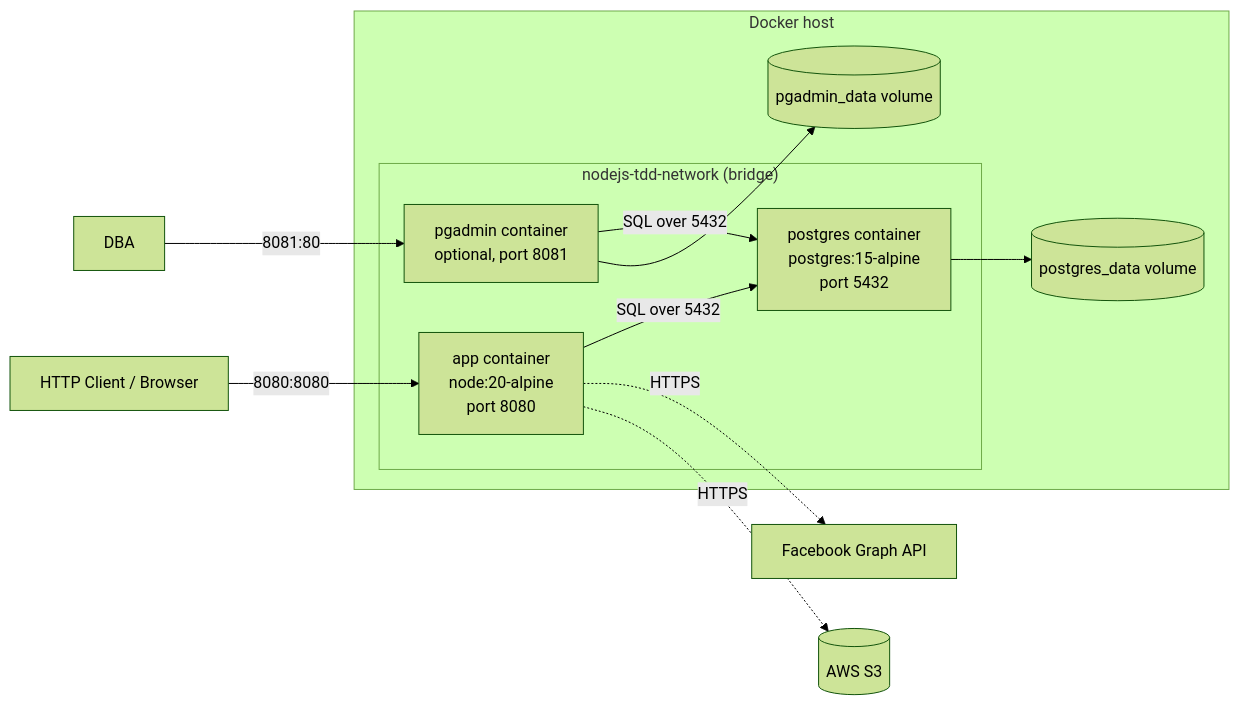
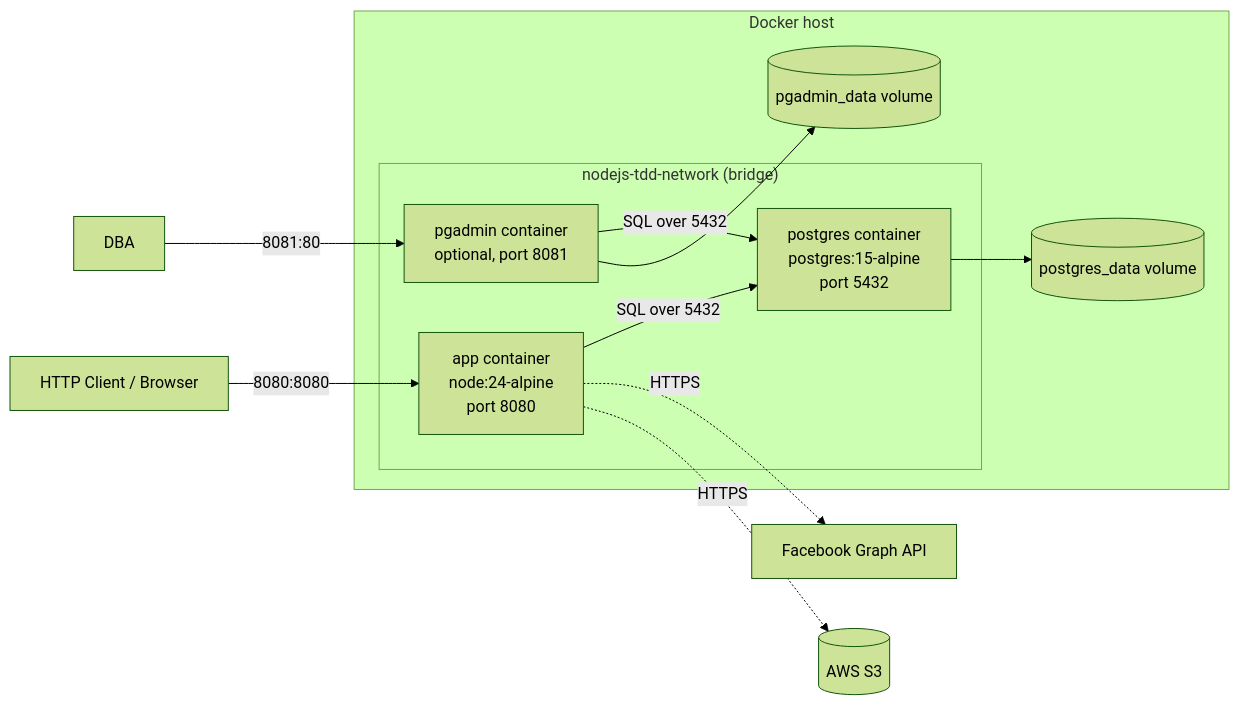
The diagram in docs/mmd/deployment-docker.mmd (luizcurti/authkit-clean-arch), drawn with Mermaid (forest theme) before and after one commit. The commit also changed 103 other files, not shown here.

```diff
--- a/docs/mmd/deployment-docker.mmd
+++ b/docs/mmd/deployment-docker.mmd
@@ -1,22 +1,22 @@
 flowchart LR
     subgraph Host["Docker host"]
         subgraph Network["nodejs-tdd-network (bridge)"]
-            App["app container\nnode:20-alpine\nport 8080"]
+            App["app container\nnode:24-alpine\nport 8080"]
             Postgres["postgres container\npostgres:15-alpine\nport 5432"]
             PgAdmin["pgadmin container\noptional, port 8081"]
         end
         Volume[(postgres_data volume)]
         PgVolume[(pgadmin_data volume)]
     end
 
     Client[HTTP Client / Browser] -- "8080:8080" --> App
     Admin[DBA] -- "8081:80" --> PgAdmin
     App -- "SQL over 5432" --> Postgres
     PgAdmin -- "SQL over 5432" --> Postgres
     Postgres --> Volume
     PgAdmin --> PgVolume
 
     FB[Facebook Graph API]
     S3[(AWS S3)]
     App -. HTTPS .-> FB
     App -. HTTPS .-> S3
```
